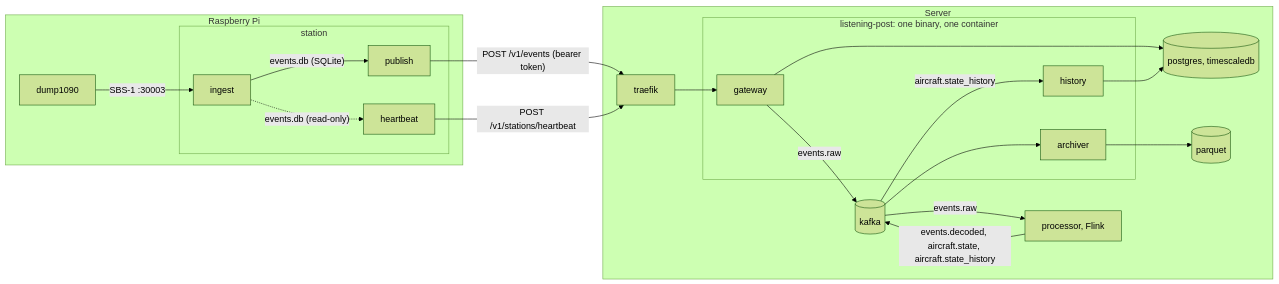
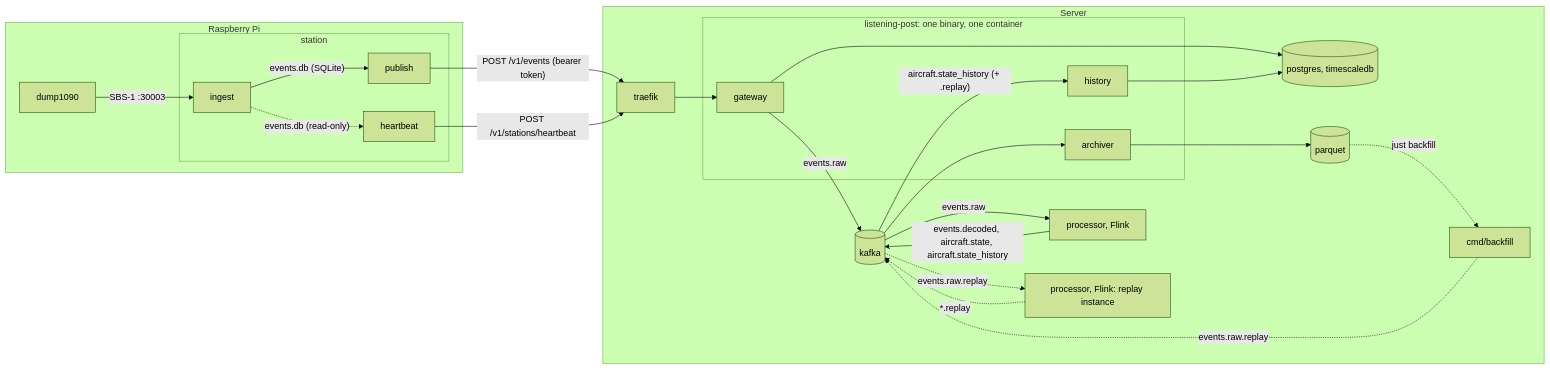
The diagram in README.md (matthew-vance/listening-post), drawn with Mermaid (forest theme) before and after one commit.

Commit message:
show the backfill path in the architecture diagram

````diff
--- a/README.md
+++ b/README.md
@@ -7,28 +7,30 @@
 ```mermaid
 flowchart LR
     subgraph pi [Raspberry Pi]
         subgraph station
             ingest
             publish
             heartbeat
         end
         dump1090 -- "SBS-1 :30003" --> ingest
         ingest -- "events.db (SQLite)" --> publish
         ingest -. "events.db (read-only)" .-> heartbeat
     end
     subgraph server [Server]
         subgraph services [listening-post: one binary, one container]
             gateway
             archiver
             history
         end
         traefik --> gateway
         gateway --> postgres[(postgres, timescaledb)]
         gateway -- "events.raw" --> kafka[(kafka)]
         kafka --> archiver --> archive[(parquet)]
         kafka -- "events.raw" --> processor[processor, Flink] -- "events.decoded, aircraft.state, aircraft.state_history" --> kafka
-        kafka -- "aircraft.state_history" --> history --> postgres
+        kafka -- "aircraft.state_history (+ .replay)" --> history --> postgres
+        archive -. "just backfill" .-> backfill[cmd/backfill] -. "events.raw.replay" .-> kafka
+        kafka -. "events.raw.replay" .-> shadow[processor, Flink: replay instance] -. "*.replay" .-> kafka
     end
     publish -- "POST /v1/events (bearer token)" --> traefik
     heartbeat -- "POST /v1/stations/heartbeat" --> traefik
 ```
````
